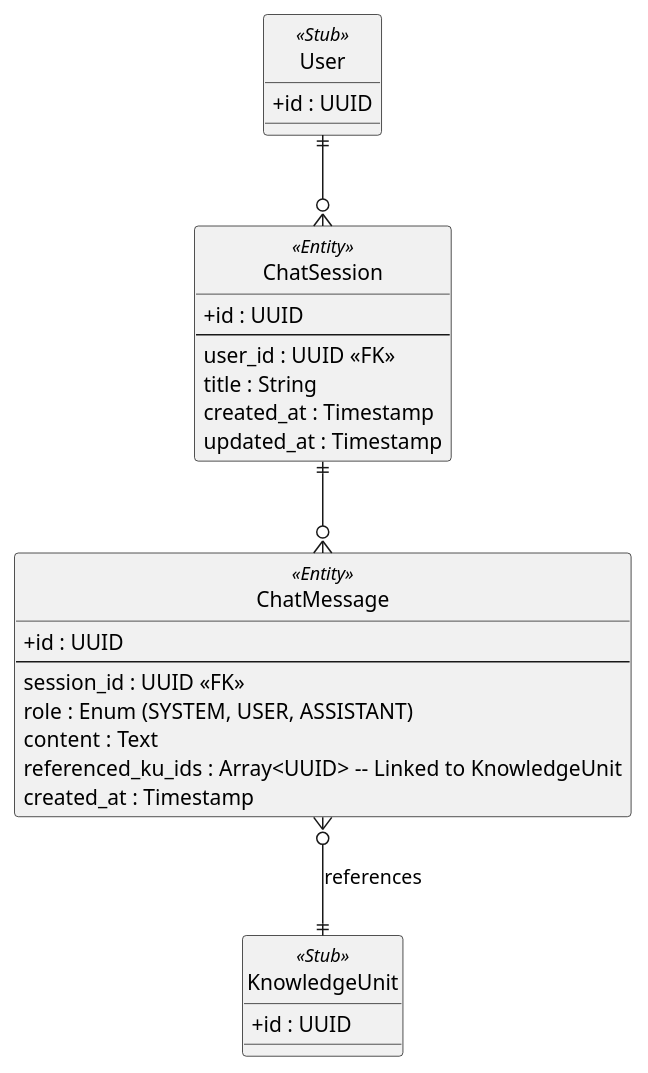
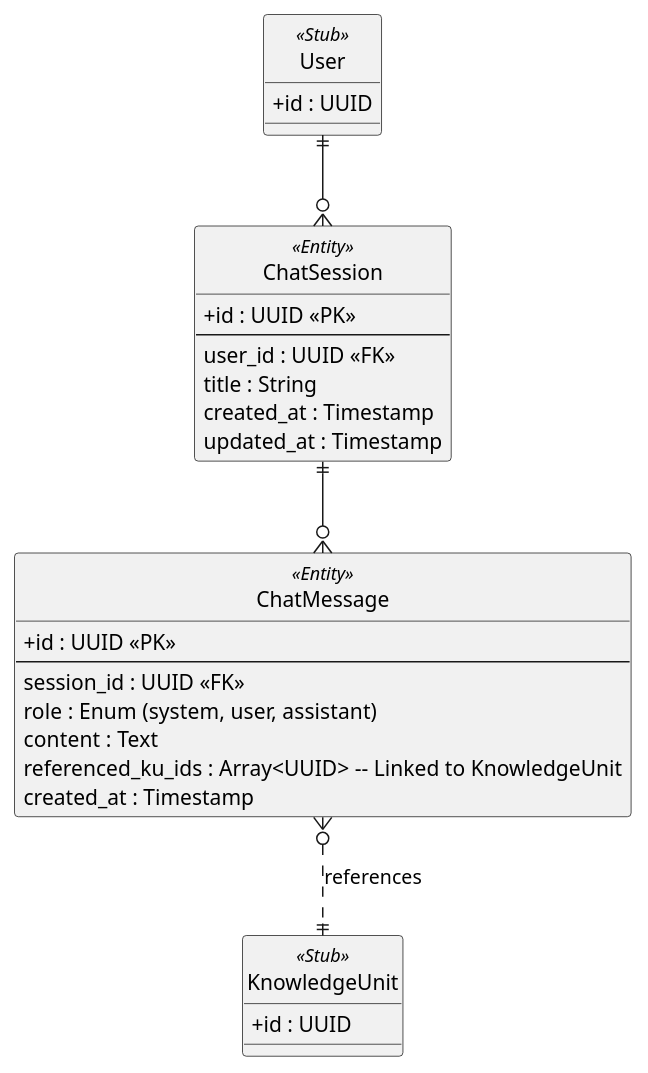
Before and after one commit to anhtranguyen-github/Hanachan: the diagram in docs/er/assistant-er.md, drawn with PlantUML. The commit also changed other lines of this file and 37 other files, not shown here.

Commit message:
docs: synchronize architecture and business flow documentation with final implementation

````diff
--- a/docs/er/assistant-er.md
+++ b/docs/er/assistant-er.md
@@ -3,49 +5,47 @@
 ```plantuml
 @startuml
 skinparam packageStyle rectangle
 skinparam classAttributeIconSize 0
 hide circle
 
 ' ==========================================
 ' STUBS FROM OTHER DOMAINS
 ' ==========================================
 class User <<Stub>> {
   + id : UUID
 }
 class KnowledgeUnit <<Stub>> {
   + id : UUID
 }
 
 ' ==========================================
 ' CHAT SYSTEM
 ' ==========================================
 class ChatSession <<Entity>> {
-  + id : UUID
+  + id : UUID <<PK>>
   --
   user_id : UUID <<FK>>
   title : String
   created_at : Timestamp
   updated_at : Timestamp
 }
 
 class ChatMessage <<Entity>> {
-  + id : UUID
+  + id : UUID <<PK>>
   --
   session_id : UUID <<FK>>
-  role : Enum (SYSTEM, USER, ASSISTANT)
+  role : Enum (system, user, assistant)
   content : Text
   referenced_ku_ids : Array<UUID> -- Linked to KnowledgeUnit
   created_at : Timestamp
 }
-
-' (Bridge removed to match physical array column)
 
 ' ==========================================
 ' CONNECTIONS
 ' ==========================================
 User ||--o{ ChatSession
 ChatSession ||--o{ ChatMessage
-ChatMessage }o--|| KnowledgeUnit : "references"
+ChatMessage }o..|| KnowledgeUnit : "references"
 
 @enduml
 ```
````
